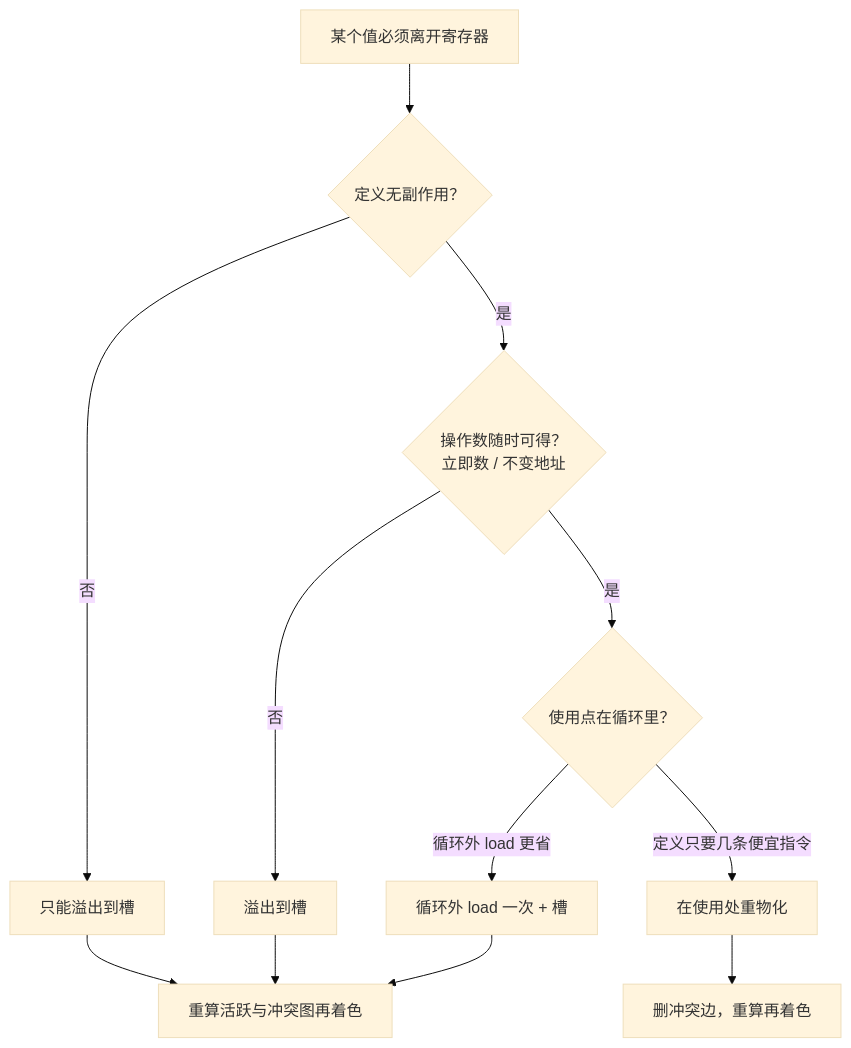
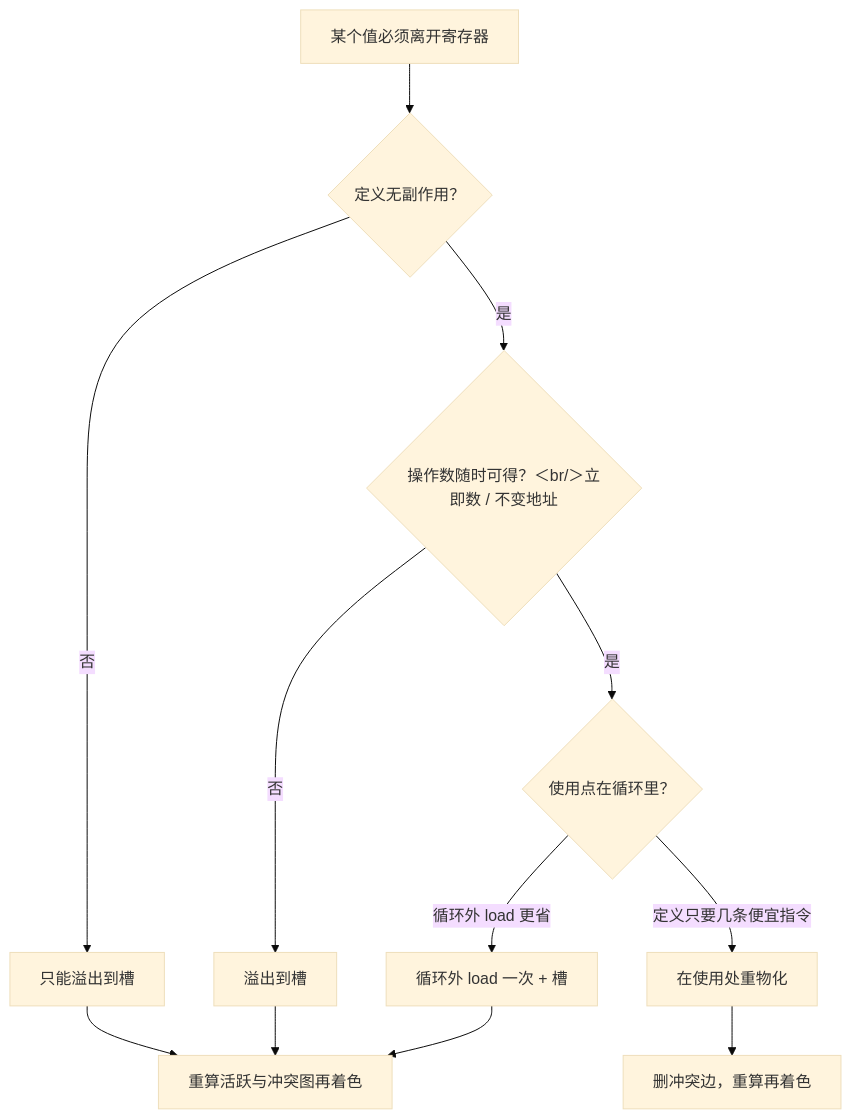
Before and after one commit to xhongduo-tech/xhongduo-tech.github.io: the second of 2 diagrams in docs/cs/spill-remat.md, drawn with Mermaid (base theme). The commit also changed 291 other files, not shown here.

Commit message:
Normalize lesson titles to tree names and repair mermaid arrow/quote syntax site-wide.

````diff
--- a/docs/cs/spill-remat.md
+++ b/docs/cs/spill-remat.md
@@ -49,14 +49,14 @@
 ```mermaid
 flowchart TD
   V["某个值必须离开寄存器"] --> Q1{"定义无副作用？"}
   Q1 -->|"否"| S1["只能溢出到槽"]
-  Q1 -->|"是"| Q2{"操作数随时可得？<br/>立即数 / 不变地址"}
+  Q1 -->|"是"| Q2{"操作数随时可得？＜br/＞立即数 / 不变地址"}
   Q2 -->|"否"| S2["溢出到槽"]
   Q2 -->|"是"| Q3{"使用点在循环里？"}
   Q3 -->|"循环外 load 更省"| S3["循环外 load 一次 + 槽"]
   Q3 -->|"定义只要几条便宜指令"| R["在使用处重物化"]
   R --> RC["删冲突边，重算再着色"]
   S1 --> RC2["重算活跃与冲突图再着色"]
   S2 --> RC2
   S3 --> RC2
 ```
````
